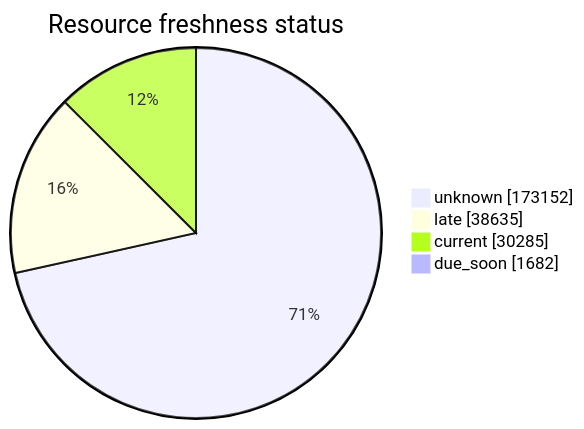
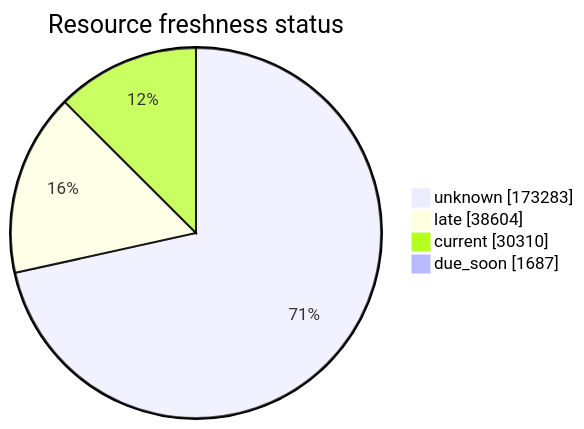
Before and after one commit to open-data/analytics-corporate-reporting: the third of 5 diagrams in FreshCheck/README.md, drawn with Mermaid. The commit also changed other lines of this file and 3 other files, not shown here.

````diff
--- a/FreshCheck/README.md
+++ b/FreshCheck/README.md
@@ -77,7 +77,7 @@
 ```mermaid
 pie showData title Resource freshness status
-    "unknown": 173152
-    "late": 38635
-    "current": 30285
-    "due_soon": 1682
+    "unknown": 173283
+    "late": 38604
+    "current": 30310
+    "due_soon": 1687
 ```
````
